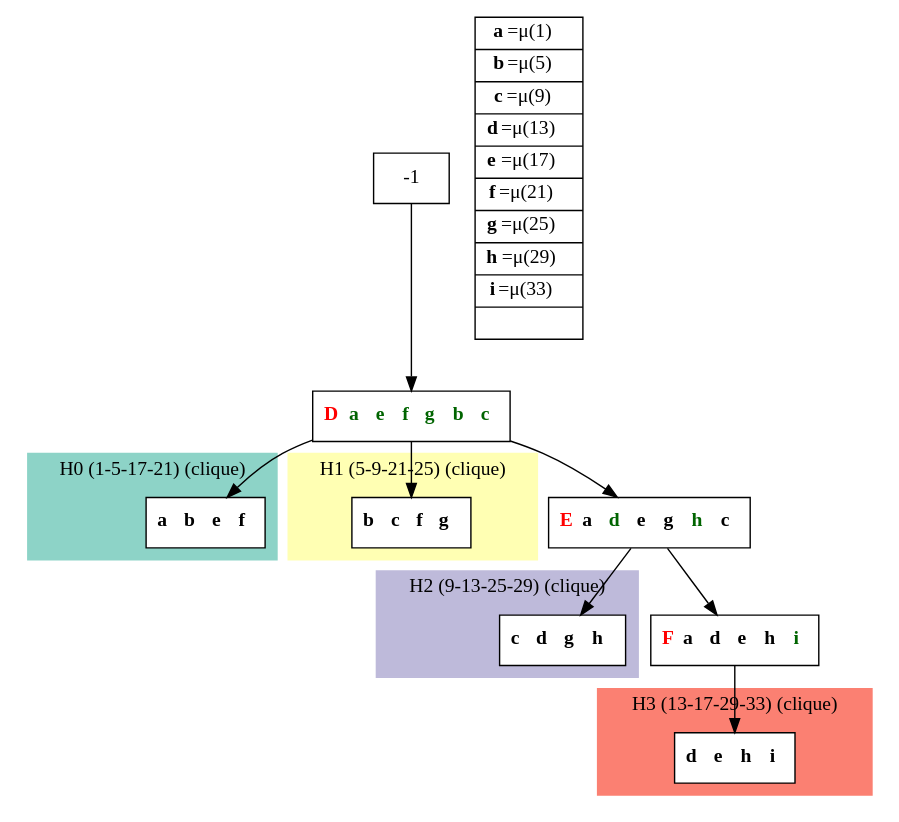
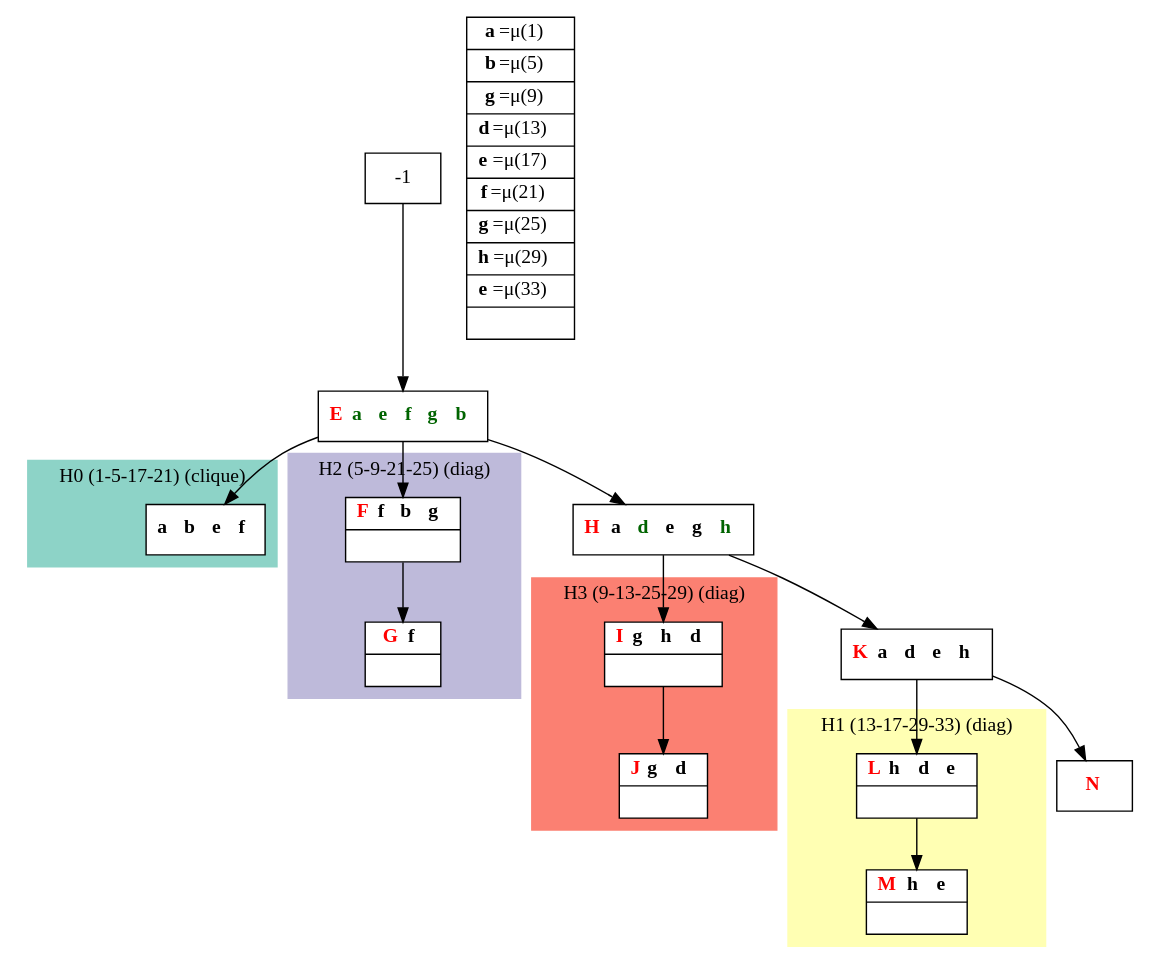
Before and after one commit to bmarchand/auto-dp: the diagram in results/compact_dot_files/compact_K4_letters.dot, drawn with Graphviz. The commit also changed 89 other files, not shown here.

```diff
--- a/results/compact_dot_files/compact_K4_letters.dot
+++ b/results/compact_dot_files/compact_K4_letters.dot
@@ -1,50 +1,55 @@
 digraph G {
     node [shape=box];
     subgraph cluster0 {
         node [style=filled,fillcolor=white];
         labeljust="l";
         style=filled;
         color="#8DD3C7";
         H0_0;
         label="H0 (1-5-17-21) (clique)";
     }
     subgraph cluster1 {
         node [style=filled,fillcolor=white];
         labeljust="l";
         style=filled;
         color="#FFFFB3";
-        H1_0;
-        label="H1 (5-9-21-25) (clique)";
+        H1_0 -> H1_5;
+        label="H1 (13-17-29-33) (diag)";
     }
     subgraph cluster2 {
         node [style=filled,fillcolor=white];
         labeljust="l";
         style=filled;
         color="#BEBADA";
-        H2_0;
-        label="H2 (9-13-25-29) (clique)";
+        H2_0 -> H2_5;
+        label="H2 (5-9-21-25) (diag)";
     }
     subgraph cluster3 {
         node [style=filled,fillcolor=white];
         labeljust="l";
         style=filled;
         color="#FB8072";
-        H3_0;
-        label="H3 (13-17-29-33) (clique)";
+        H3_0 -> H3_5;
+        label="H3 (9-13-25-29) (diag)";
     }
-     1 [shape=record,label= <{  <FONT COLOR="RED"><b>D</b></FONT> <b><FONT COLOR="DARKGREEN">a </FONT></b> <b><FONT COLOR="DARKGREEN">e </FONT></b> <b><FONT COLOR="DARKGREEN">f </FONT></b> <b><FONT COLOR="DARKGREEN">g </FONT></b> <b><FONT COLOR="DARKGREEN">b </FONT></b> <b><FONT COLOR="DARKGREEN">c </FONT></b>}> ];
+     1 [shape=record,label= <{  <FONT COLOR="RED"><b>E</b></FONT> <b><FONT COLOR="DARKGREEN">a </FONT></b> <b><FONT COLOR="DARKGREEN">e </FONT></b> <b><FONT COLOR="DARKGREEN">f </FONT></b> <b><FONT COLOR="DARKGREEN">g </FONT></b> <b><FONT COLOR="DARKGREEN">b </FONT></b>}> ];
      -1  ->  1;
-     14 [shape=record,label= <{  <FONT COLOR="RED"><b>E</b></FONT> <b>a </b> <b><FONT COLOR="DARKGREEN">d </FONT></b> <b>e </b> <b>g </b> <b><FONT COLOR="DARKGREEN">h </FONT></b> <b>c </b>}> ];
-     1  ->  14;
-     21 [shape=record,label= <{  <FONT COLOR="RED"><b>F</b></FONT> <b>a </b> <b>d </b> <b>e </b> <b>h </b> <b><FONT COLOR="DARKGREEN">i </FONT></b>}> ];
-     14  ->  21;
-     H3_0 [shape=record,label= <{ <b>d </b> <b>e </b> <b>h </b> <b>i </b>}> ];
-     21  ->  H3_0;
-     H2_0 [shape=record,label= <{ <b>c </b> <b>d </b> <b>g </b> <b>h </b>}> ];
-     14  ->  H2_0;
      H0_0 [shape=record,label= <{ <b>a </b> <b>b </b> <b>e </b> <b>f </b>}> ];
      1  ->  H0_0;
-     H1_0 [shape=record,label= <{ <b>b </b> <b>c </b> <b>f </b> <b>g </b>}> ];
-     1  ->  H1_0;
-    labels [shape=record,label= <{<b>a</b>=&#956;(1) | <b>b</b>=&#956;(5) | <b>c</b>=&#956;(9) | <b>d</b>=&#956;(13) | <b>e</b>=&#956;(17) | <b>f</b>=&#956;(21) | <b>g</b>=&#956;(25) | <b>h</b>=&#956;(29) | <b>i</b>=&#956;(33) | }> ];
+     H2_0 [shape=record,label= <{  <FONT COLOR="RED"><b>F</b></FONT> <b>f </b> <b>b </b> <b>g </b>| }> ];
+     1  ->  H2_0;
+     H2_5 [shape=record,label= <{  <FONT COLOR="RED"><b>G</b></FONT> <b>f </b>| }> ];
+     14 [shape=record,label= <{  <FONT COLOR="RED"><b>H</b></FONT> <b>a </b> <b><FONT COLOR="DARKGREEN">d </FONT></b> <b>e </b> <b>g </b> <b><FONT COLOR="DARKGREEN">h </FONT></b>}> ];
+     1  ->  14;
+     H3_0 [shape=record,label= <{  <FONT COLOR="RED"><b>I</b></FONT> <b>g </b> <b>h </b> <b>d </b>| }> ];
+     14  ->  H3_0;
+     H3_5 [shape=record,label= <{  <FONT COLOR="RED"><b>J</b></FONT> <b>g </b> <b>d </b>| }> ];
+     21 [shape=record,label= <{  <FONT COLOR="RED"><b>K</b></FONT> <b>a </b> <b>d </b> <b>e </b> <b>h </b>}> ];
+     14  ->  21;
+     H1_0 [shape=record,label= <{  <FONT COLOR="RED"><b>L</b></FONT> <b>h </b> <b>d </b> <b>e </b>| }> ];
+     21  ->  H1_0;
+     H1_5 [shape=record,label= <{  <FONT COLOR="RED"><b>M</b></FONT> <b>h </b> <b>e </b>| }> ];
+     _1 [shape=record,label= <{  <FONT COLOR="RED"><b>N</b></FONT>}> ];
+     21  ->  _1;
+    labels [shape=record,label= <{<b>a</b>=&#956;(1) | <b>b</b>=&#956;(5) | <b>g</b>=&#956;(9) | <b>d</b>=&#956;(13) | <b>e</b>=&#956;(17) | <b>f</b>=&#956;(21) | <b>g</b>=&#956;(25) | <b>h</b>=&#956;(29) | <b>e</b>=&#956;(33) | }> ];
 }
```
